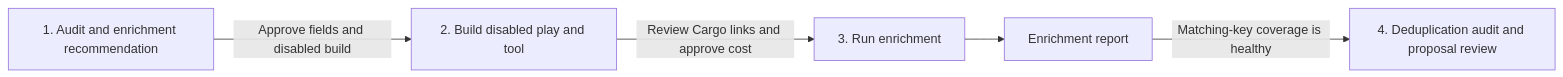
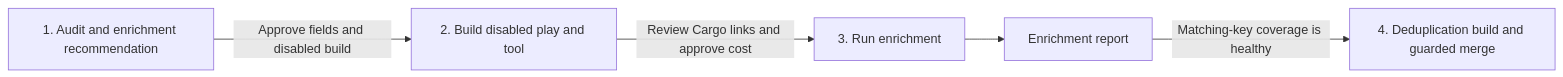
One commit to getcargohq/gtm-skills changed the diagram in crm-enrichment/SKILL.md. Above: the diagram before and after it, drawn with Mermaid. The commit also changed other lines of this file and 12 other files, not shown here.

Commit message:
fix: build deduplication on the CRM model

````diff
--- a/crm-enrichment/SKILL.md
+++ b/crm-enrichment/SKILL.md
@@ -79,7 +81,7 @@
 ```mermaid
 flowchart LR
   audit["1. Audit and enrichment recommendation"] -->|"Approve fields and disabled build"| build["2. Build disabled play and tool"]
   build -->|"Review Cargo links and approve cost"| run["3. Run enrichment"]
   run --> report["Enrichment report"]
-  report -->|"Matching-key coverage is healthy"| dedup["4. Deduplication audit and proposal review"]
+  report -->|"Matching-key coverage is healthy"| dedup["4. Deduplication build and guarded merge"]
 ```
````
